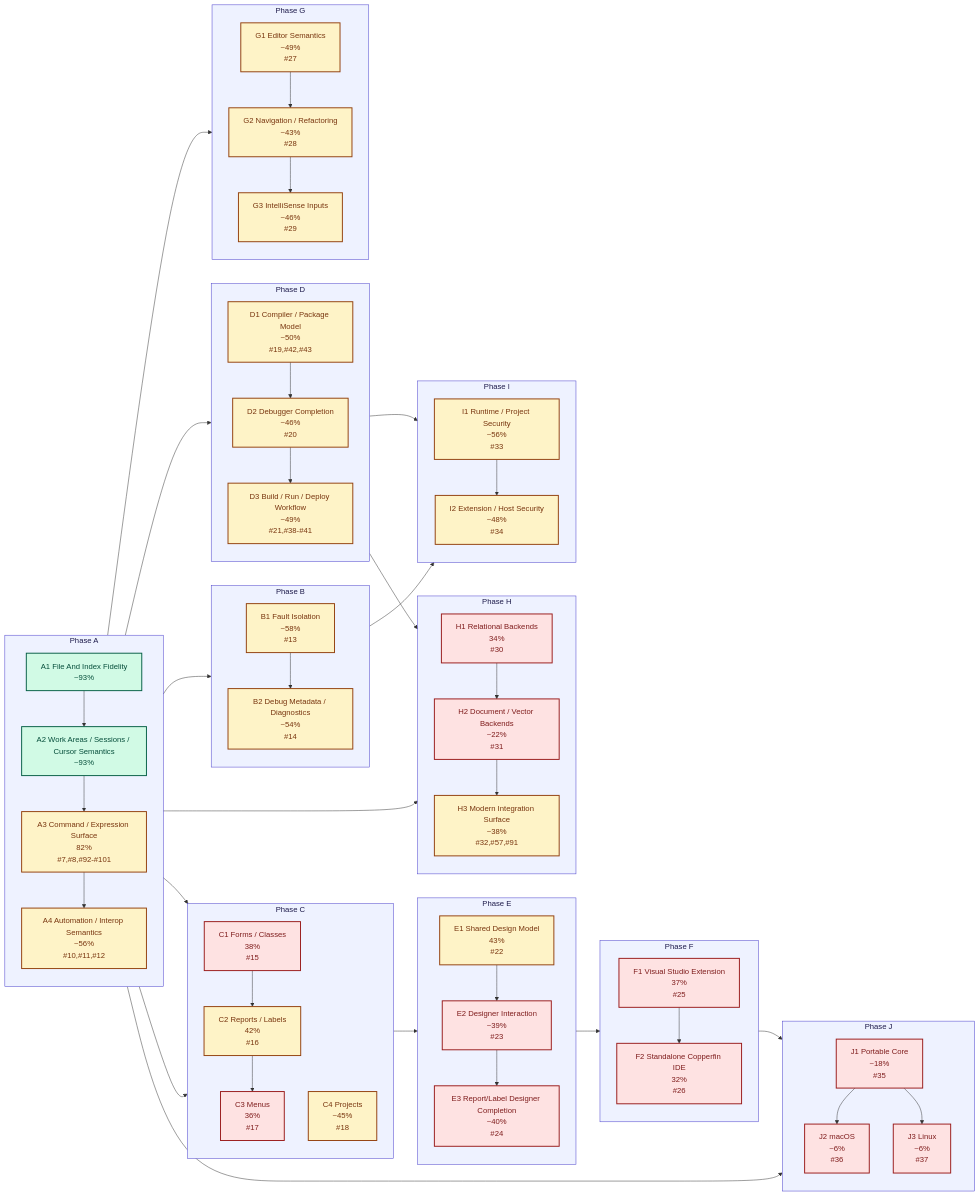
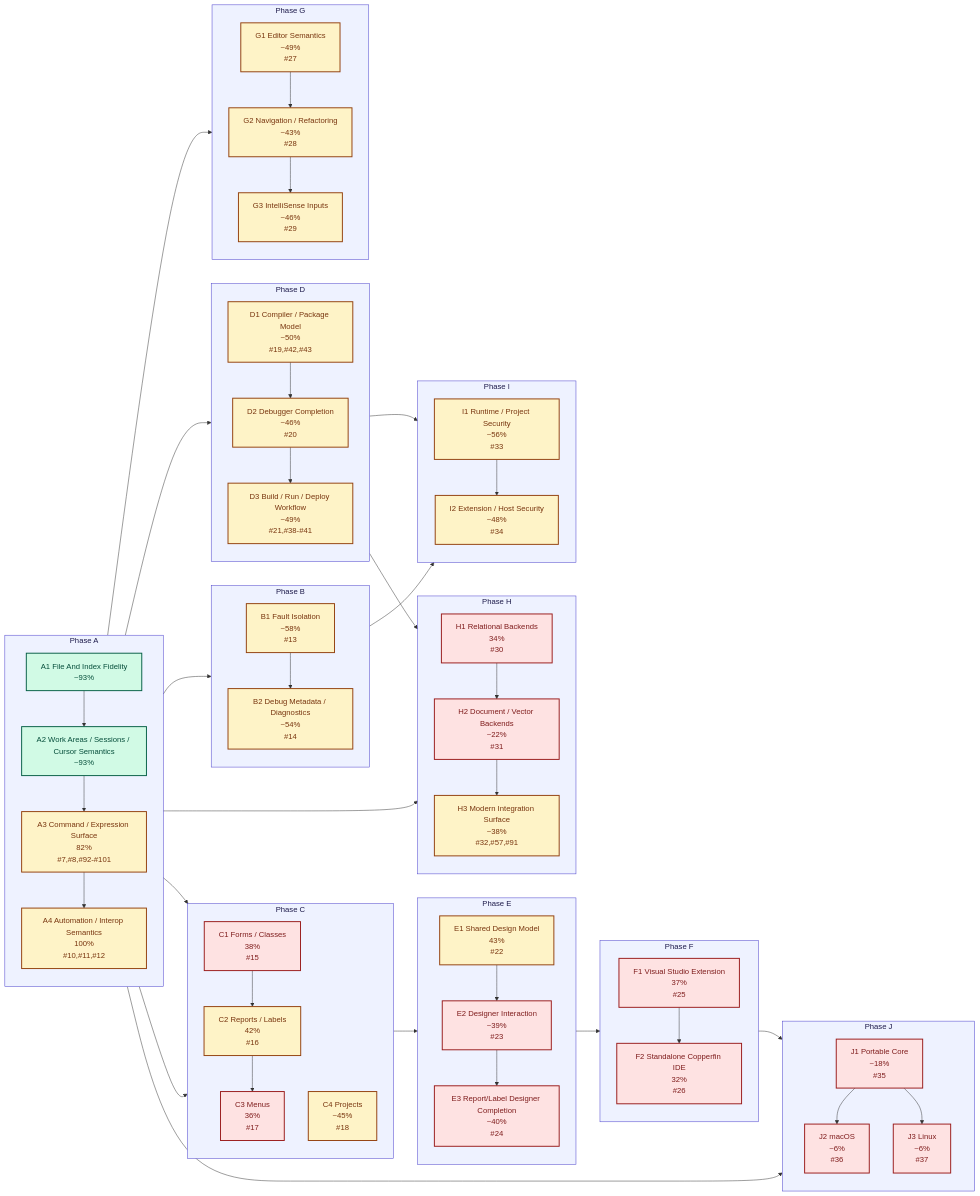
The second of 2 diagrams in remaining-work.md (rhamenator/Project-Copperfin), drawn with Mermaid before and after one commit. The commit also changed other lines of this file and 6 other files, not shown here.

```diff
--- a/remaining-work.md
+++ b/remaining-work.md
@@ -213,7 +212,7 @@
         SA1["A1 File And Index Fidelity<br/>~93%"]
         SA2["A2 Work Areas / Sessions / Cursor Semantics<br/>~93%"]
         SA3["A3 Command / Expression Surface<br/>82%<br/>#7,#8,#92-#101"]
-        SA4["A4 Automation / Interop Semantics<br/>~56%<br/>#10,#11,#12"]
+        SA4["A4 Automation / Interop Semantics<br/>100%<br/>#10,#11,#12"]
     end
 
     subgraph SB[Phase B]
```
